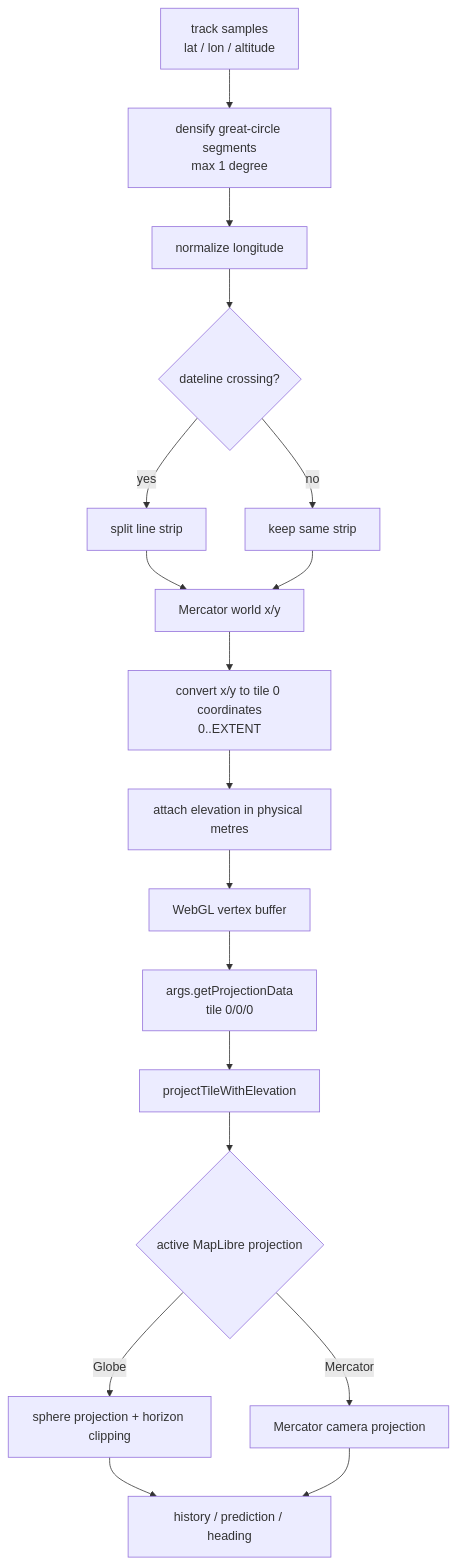
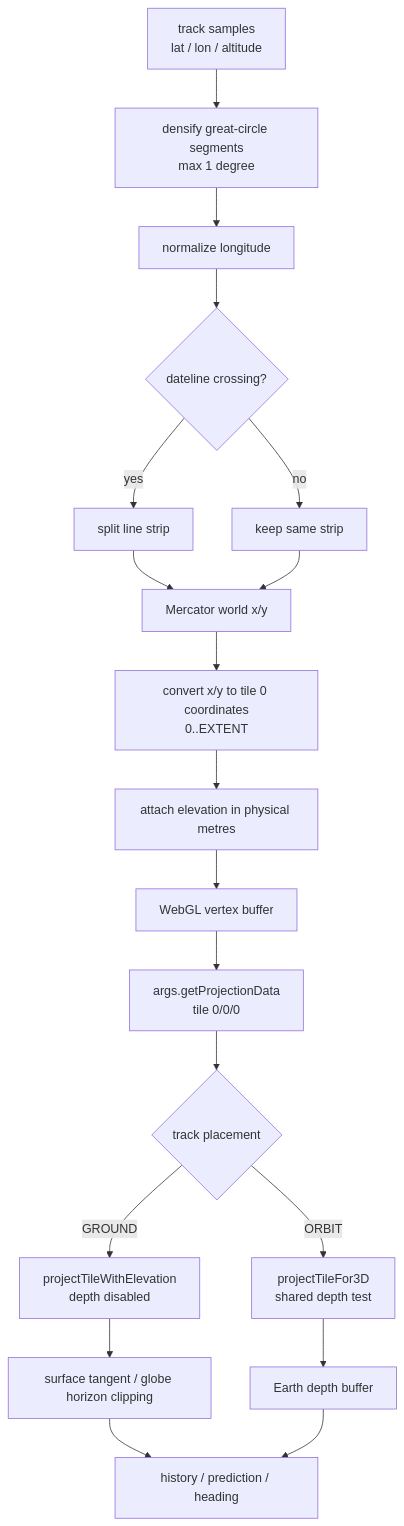
The second of 5 diagrams in docs/orbit-display.md (ExoSpaceLabs/world-sat-monitor), drawn with Mermaid before and after one commit. The commit also changed other lines of this file, not shown here.

Commit message:
docs(world-sat-monitor): document orbit depth occlusion

````diff
--- a/docs/orbit-display.md
+++ b/docs/orbit-display.md
@@ -22,20 +27,21 @@
 ```mermaid
 flowchart TD
     P[track samples<br/>lat / lon / altitude] --> D[densify great-circle segments<br/>max 1 degree]
     D --> N[normalize longitude]
     N --> X{dateline crossing?}
     X -->|yes| S[split line strip]
     X -->|no| M[keep same strip]
     S --> C[Mercator world x/y]
     M --> C
     C --> T[convert x/y to tile 0 coordinates<br/>0..EXTENT]
     T --> E[attach elevation in physical metres]
     E --> V[WebGL vertex buffer]
     V --> PDATA[args.getProjectionData<br/>tile 0/0/0]
-    PDATA --> Q[projectTileWithElevation]
-    Q --> G{active MapLibre projection}
-    G -->|Globe| GL[sphere projection + horizon clipping]
-    G -->|Mercator| MC[Mercator camera projection]
-    GL --> F[history / prediction / heading]
-    MC --> F
+    PDATA --> MODE{track placement}
+    MODE -->|GROUND| SURFACE[projectTileWithElevation<br/>depth disabled]
+    MODE -->|ORBIT| SPACE[projectTileFor3D<br/>shared depth test]
+    SURFACE --> HC[surface tangent / globe horizon clipping]
+    SPACE --> DEPTH[Earth depth buffer]
+    HC --> F[history / prediction / heading]
+    DEPTH --> F
 ```
````
